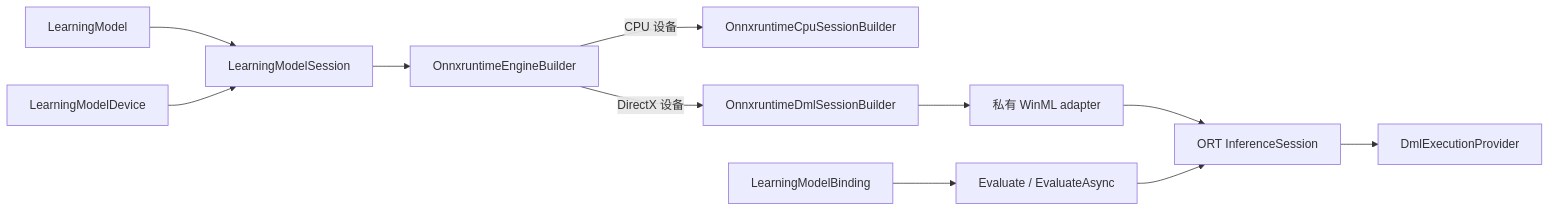
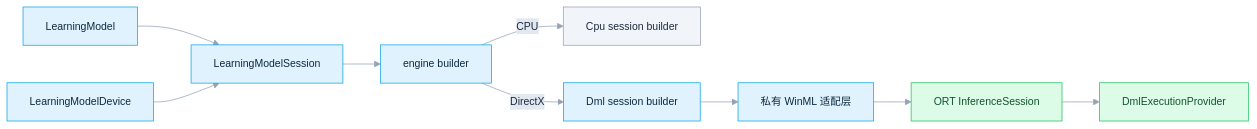
One commit to DakeQQ/Tutorial-ONNX-Runtime-Execution-Providers changed the ninth of 12 diagrams in DirectML/README.zh-CN.md. Above: the diagram before and after it, drawn with Mermaid. The commit also changed other lines of this file and 15 other files, not shown here.

````diff
--- a/DirectML/README.zh-CN.md
+++ b/DirectML/README.zh-CN.md
@@ -443,13 +472,18 @@
 ```mermaid
+%%{init: {"theme":"base","themeVariables":{"fontSize":"14px","lineColor":"#94a3b8","edgeLabelBackground":"#e2e8f0","primaryTextColor":"#1e293b"}}}%%
 flowchart LR
     LM["LearningModel"] --> LMS["LearningModelSession"]
     DEV["LearningModelDevice"] --> LMS
-    LMS --> EB["OnnxruntimeEngineBuilder"]
-    EB -->|CPU 设备| CPU["OnnxruntimeCpuSessionBuilder"]
-    EB -->|DirectX 设备| DB["OnnxruntimeDmlSessionBuilder"]
-    DB --> AD["私有 WinML adapter"]
+    LMS --> EB["engine builder"]
+    EB -->|"CPU"| CPU["Cpu session builder"]
+    EB -->|"DirectX"| DB["Dml session builder"]
+    DB --> AD["私有 WinML 适配层"]
     AD --> IS["ORT InferenceSession"]
     IS --> DML["DmlExecutionProvider"]
-    BIND["LearningModelBinding"] --> EVAL["Evaluate / EvaluateAsync"]
-    EVAL --> IS
+    classDef step fill:#e0f2fe,stroke:#0ea5e9,color:#0c2a3d;
+    classDef note fill:#f1f5f9,stroke:#94a3b8,color:#1e293b;
+    classDef good fill:#dcfce7,stroke:#22c55e,color:#14532d;
+    class LM,LMS,DEV,EB,DB,AD step;
+    class CPU note;
+    class IS,DML good;
 ```
````
